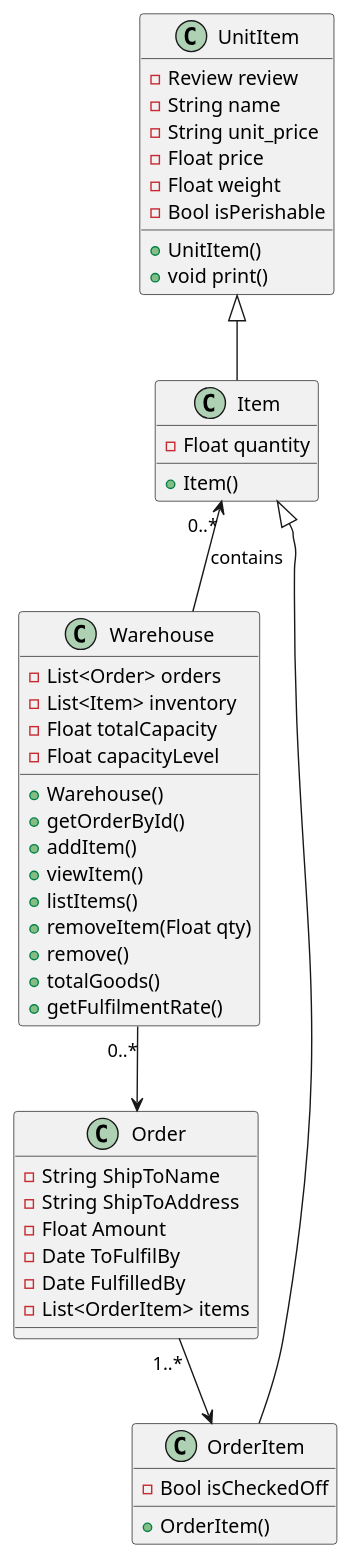
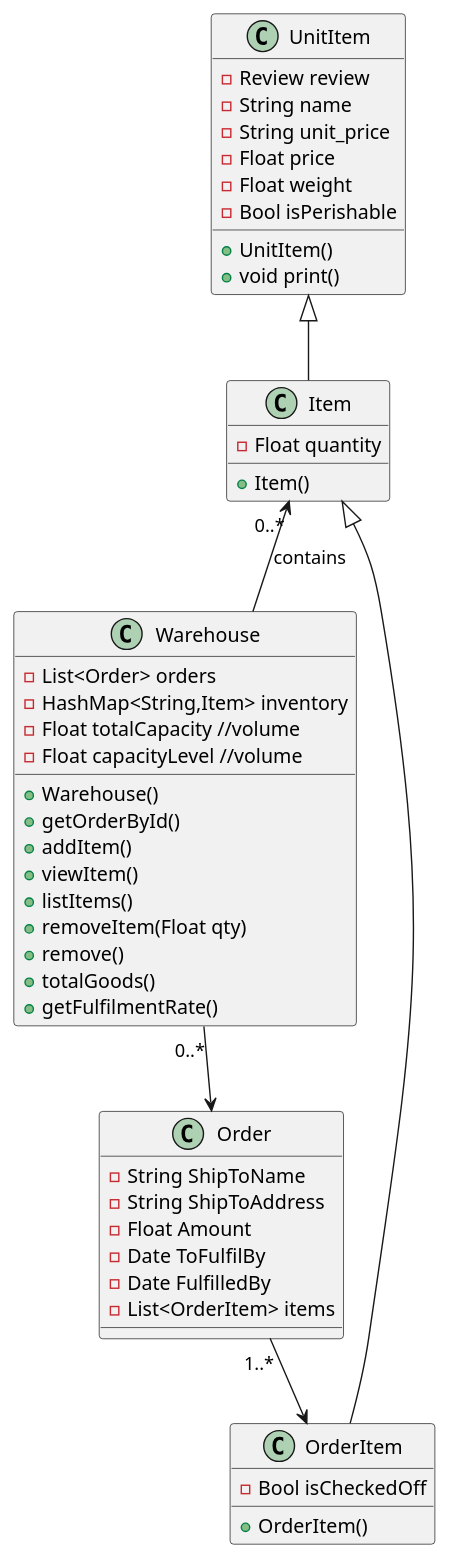
One commit to nus-cs2113-AY2122S2/tp changed the diagram in docs/diagrams/roughTp.puml. Above: the diagram before and after it, drawn with PlantUML. The commit also changed 7 other files, not shown here.

```diff
--- a/docs/diagrams/roughTp.puml
+++ b/docs/diagrams/roughTp.puml
@@ -1,56 +1,56 @@
  @startuml random
 
 class Order{
     - String ShipToName
     - String ShipToAddress
     - Float Amount
     - Date ToFulfilBy
     - Date FulfilledBy
     - List<OrderItem> items 
 }
 
 
 class Warehouse{
     - List<Order> orders
-    - List<Item> inventory
-    - Float totalCapacity
-    - Float capacityLevel
+    - HashMap<String,Item> inventory
+    - Float totalCapacity //volume
+    - Float capacityLevel //volume
     + Warehouse()
     + getOrderById()
     + addItem()
     + viewItem()
     + listItems()
     + removeItem(Float qty)
     + remove()
     + totalGoods()
     + getFulfilmentRate()
 
 }
 
 class UnitItem{
     - Review review
     - String name
     - String unit_price
     - Float price
     - Float weight
     - Bool isPerishable
     + UnitItem()  
     + void print()
 }
 
 class Item extends UnitItem{
     - Float quantity
     + Item()
 }
 ' quantity here refers to how much 
 class OrderItem extends Item{
     - Bool isCheckedOff
     + OrderItem()
 }
 
 
 ' Billable <|-- Item
 Item "0..*"<-- Warehouse : contains
 Warehouse "0..*"--> Order
 Order "1..*" --> OrderItem
 @enduml
```
